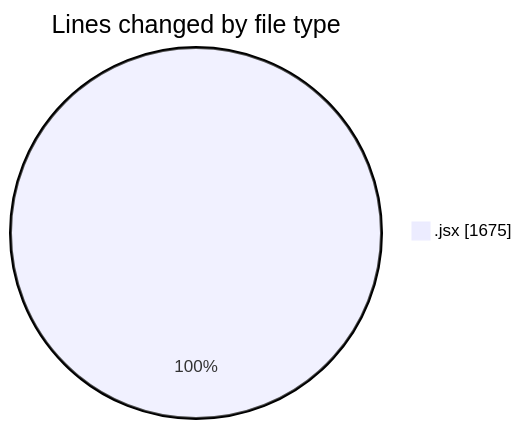
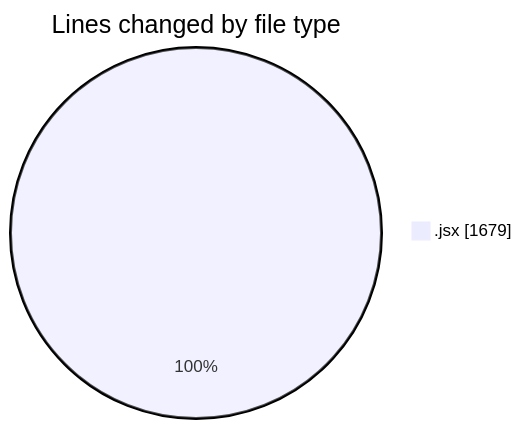
One commit to nxtqubesakshisongat/code-tracking changed the first of 2 diagrams in 2025-05-20/nxtqube_webapp/README.md. Above: the diagram before and after it, drawn with Mermaid. The commit also changed other lines of this file and 1 other file, not shown here.

````diff
--- a/2025-05-20/nxtqube_webapp/README.md
+++ b/2025-05-20/nxtqube_webapp/README.md
@@ -20,5 +20,5 @@
 ```mermaid
 pie showData
 title Lines changed by file type
-".jsx" : 1675
+".jsx" : 1679
 ```
````
